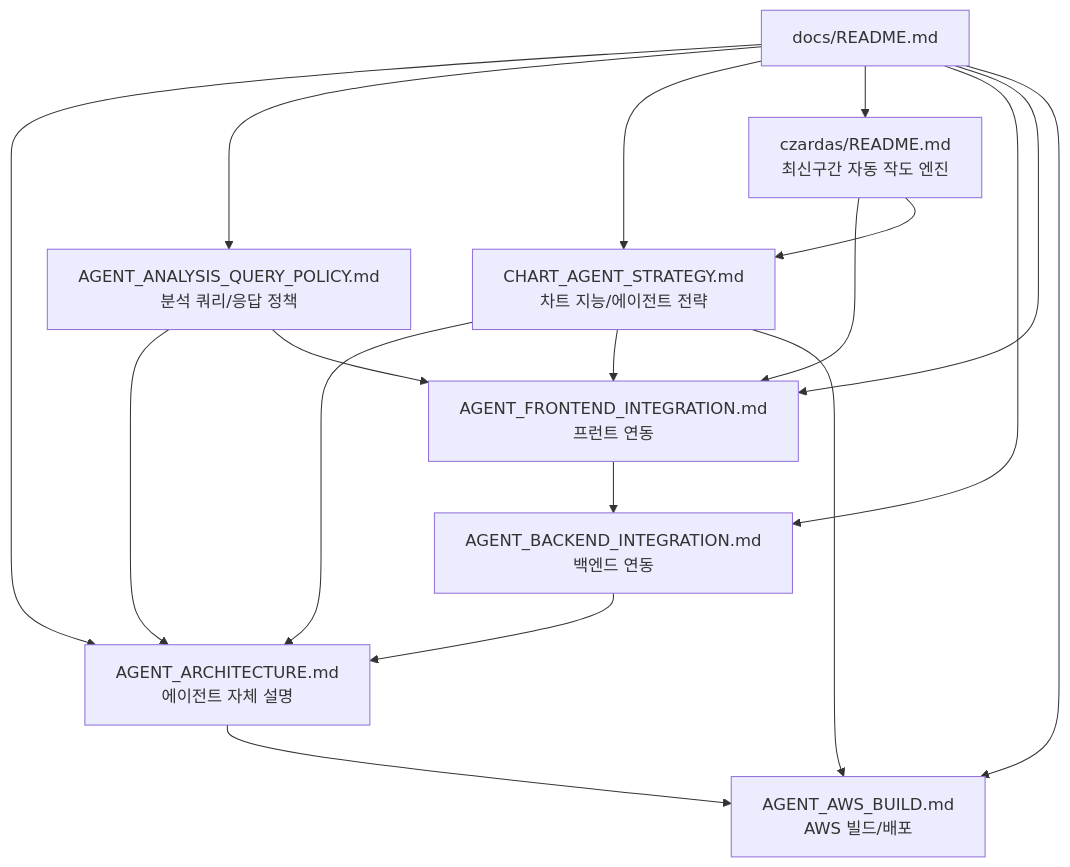
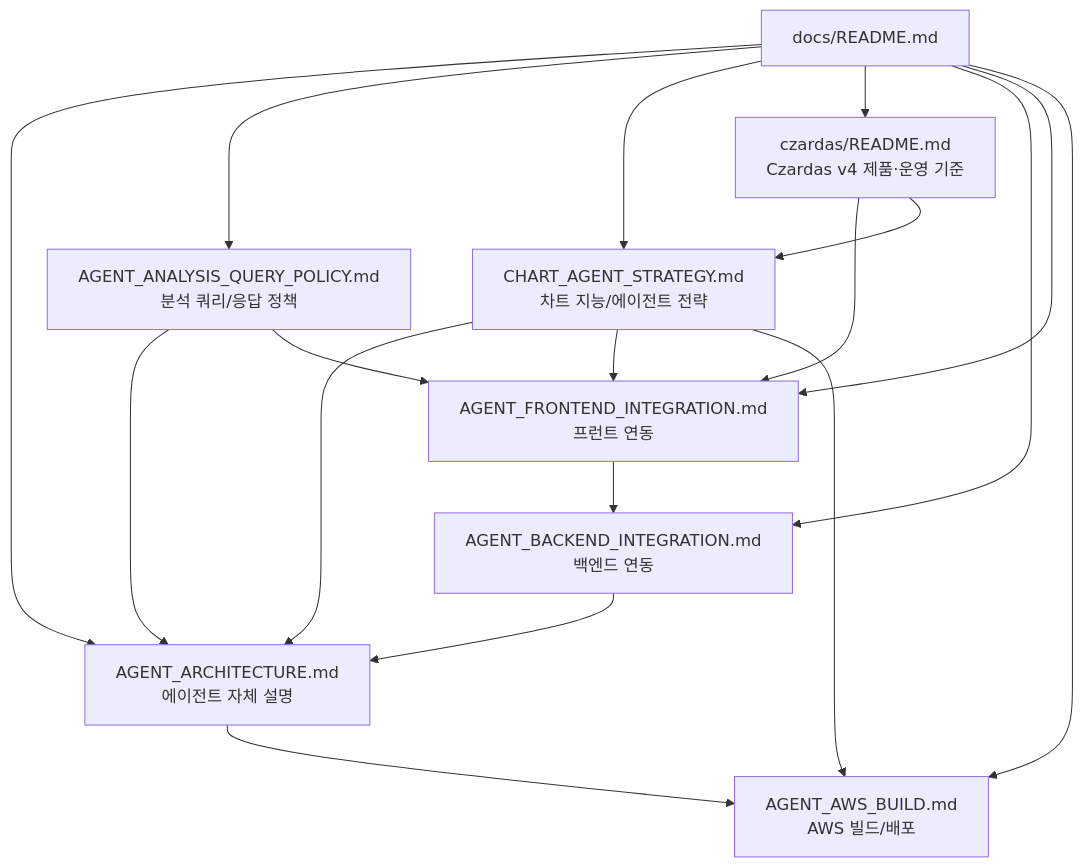
One commit to KFJG-Team1/gops changed the diagram in docs/README.md. Above: the diagram before and after it, drawn with Mermaid. The commit also changed other lines of this file and 19 other files, not shown here.

````diff
--- a/docs/README.md
+++ b/docs/README.md
@@ -6,29 +6,29 @@
 ```mermaid
 flowchart TD
   README["docs/README.md"]
   ARCH["AGENT_ARCHITECTURE.md<br/>에이전트 자체 설명"]
   POLICY["AGENT_ANALYSIS_QUERY_POLICY.md<br/>분석 쿼리/응답 정책"]
   CHARTAGENT["CHART_AGENT_STRATEGY.md<br/>차트 지능/에이전트 전략"]
-  CZARDAS["czardas/README.md<br/>최신구간 자동 작도 엔진"]
+  CZARDAS["czardas/README.md<br/>Czardas v4 제품·운영 기준"]
   BE["AGENT_BACKEND_INTEGRATION.md<br/>백엔드 연동"]
   FE["AGENT_FRONTEND_INTEGRATION.md<br/>프런트 연동"]
   AWS["AGENT_AWS_BUILD.md<br/>AWS 빌드/배포"]
 
   README --> ARCH
   README --> POLICY
   README --> CHARTAGENT
   README --> CZARDAS
   README --> BE
   README --> FE
   README --> AWS
   POLICY --> ARCH
   CHARTAGENT --> ARCH
   CHARTAGENT --> FE
   CHARTAGENT --> AWS
   CZARDAS --> FE
   CZARDAS --> CHARTAGENT
   POLICY --> FE
   FE --> BE
   BE --> ARCH
   ARCH --> AWS
 ```
````
